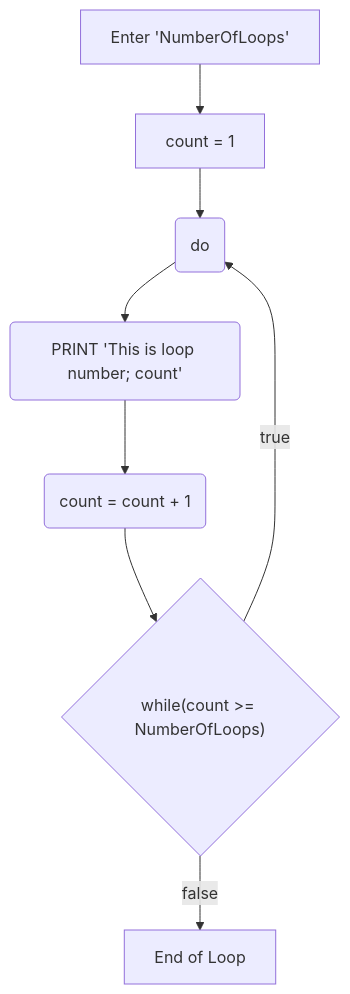
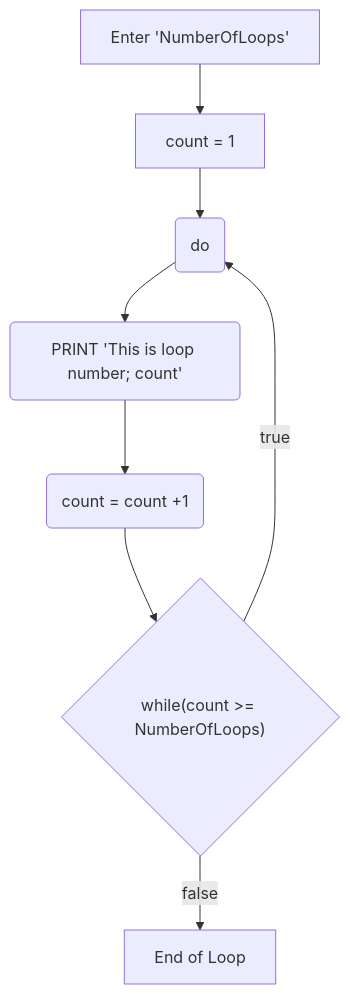
Before and after one commit to amydevs/php-assignments: the second of 2 diagrams in 5posttest/README.md, drawn with Mermaid. The commit also changed other lines of this file and 2 other files, not shown here.

````diff
--- a/5posttest/README.md
+++ b/5posttest/README.md
@@ -35,12 +35,12 @@
 ```mermaid
 graph TD
 	enter["Enter 'NumberOfLoops'"]
 	set["count = 1"]
 	repeat("do")
 	if{"while(count >= NumberOfLoops)"}
 	do("PRINT 'This is loop number; count'")
-	add("count = count + 1")
+	add("count = count +1")
 	endofloop["End of Loop"]
 	enter --> set --> repeat --> do --> add --> if -- true --> repeat
 	if -- false --> endofloop
 ```
````
